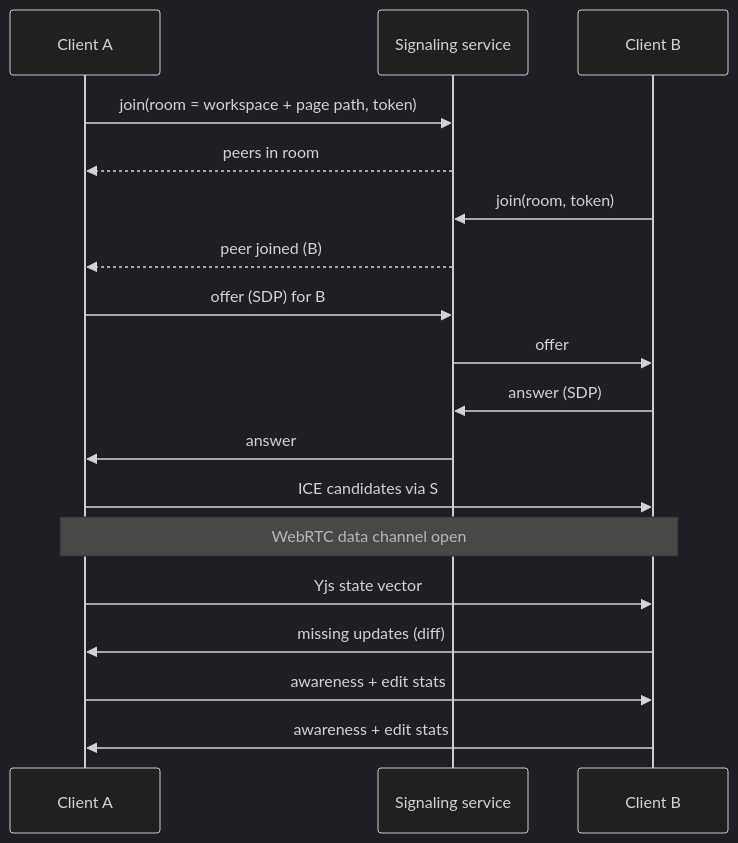
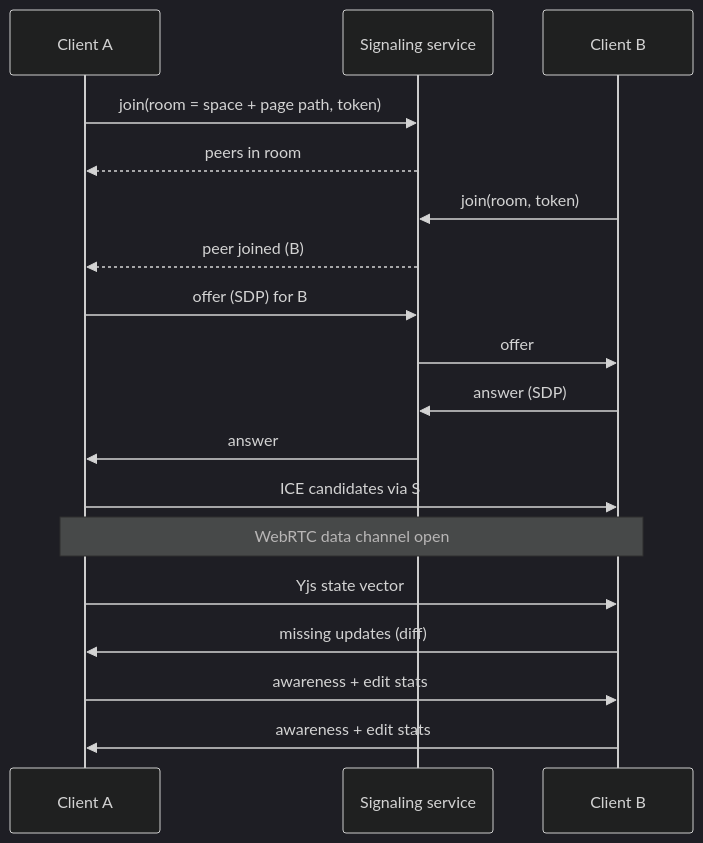
One commit to nsheaps/cept changed the second of 3 diagrams in docs/specs/requirements/04-collaboration.md. Above: the diagram before and after it, drawn with Mermaid (dark theme). The commit also changed other lines of this file and 12 other files, not shown here.

````diff
--- a/docs/specs/requirements/04-collaboration.md
+++ b/docs/specs/requirements/04-collaboration.md
@@ -102,20 +102,20 @@
 ```mermaid
 sequenceDiagram
   participant A as Client A
   participant S as Signaling service
   participant B as Client B
-  A->>S: join(room = workspace + page path, token)
+  A->>S: join(room = space + page path, token)
   S-->>A: peers in room
   B->>S: join(room, token)
   S-->>A: peer joined (B)
   A->>S: offer (SDP) for B
   S->>B: offer
   B->>S: answer (SDP)
   S->>A: answer
   A->>B: ICE candidates via S
   Note over A,B: WebRTC data channel open
   A->>B: Yjs state vector
   B->>A: missing updates (diff)
   A->>B: awareness + edit stats
   B->>A: awareness + edit stats
 ```
````
